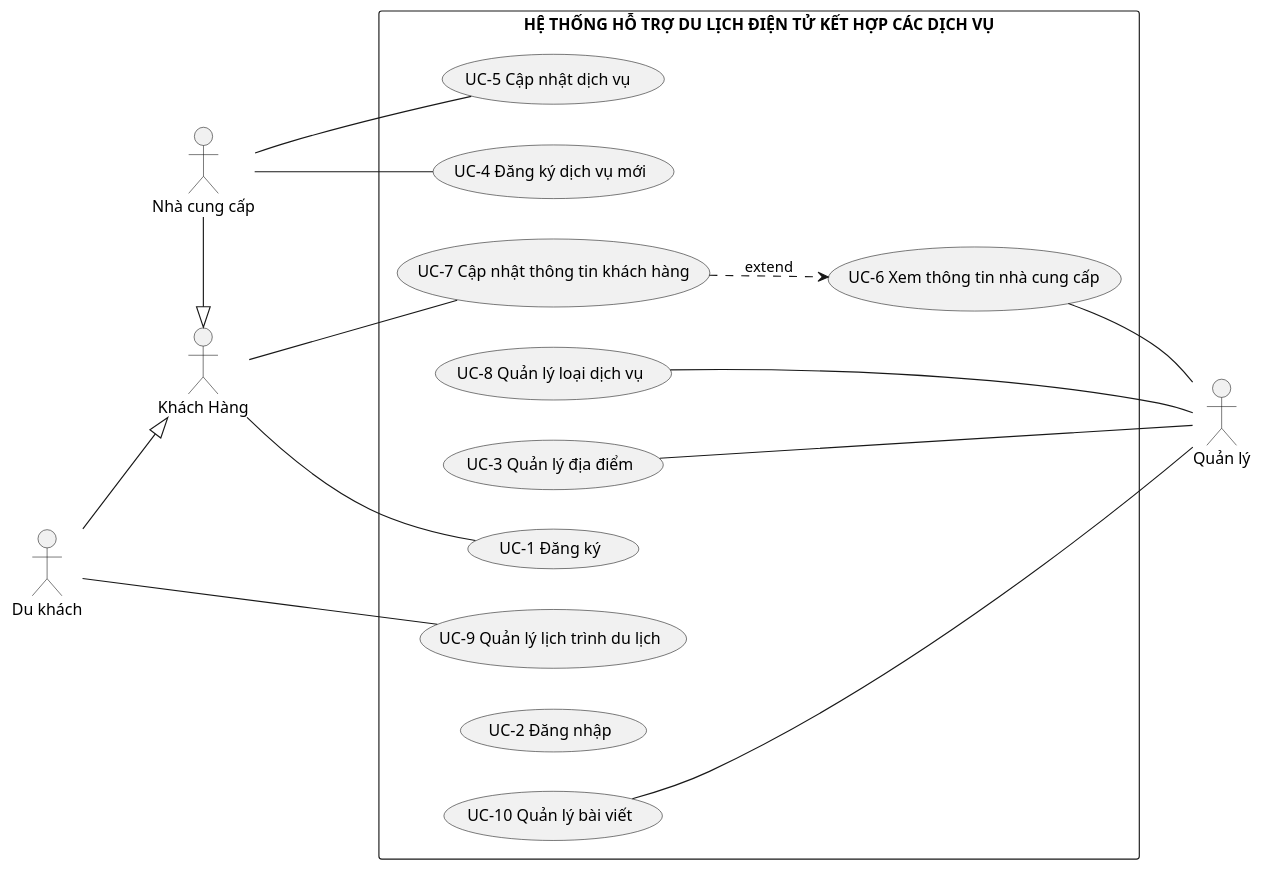
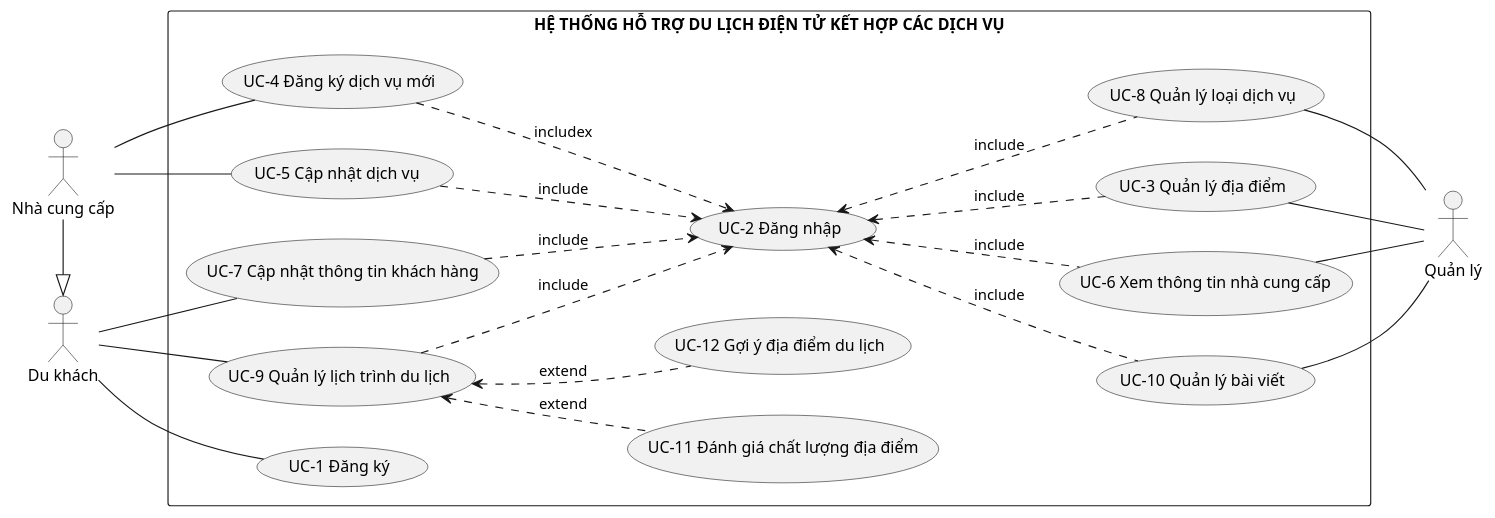
The diagram in PlanUML/UseCase.puml (TranTan-Dat/LV_DuLichDienTu), drawn with PlantUML before and after one commit. The commit also changed 26 other files, not shown here.

```diff
--- a/PlanUML/UseCase.puml
+++ b/PlanUML/UseCase.puml
@@ -1,51 +1,66 @@
 @startuml SoDoUC
 left to right direction
 actor "Quản lý" as QL
-actor "Khách Hàng" as KH
 actor "Nhà cung cấp" as NCC
 actor "Du khách" as DKhach
 
 
 rectangle  "HỆ THỐNG HỖ TRỢ DU LỊCH ĐIỆN TỬ KẾT HỢP CÁC DỊCH VỤ"{
+  usecase "UC-9 Quản lý lịch trình du lịch" as QLCD
+  
   usecase "UC-8 Quản lý loại dịch vụ" as QLLDV
   usecase "UC-3 Quản lý địa điểm" as QLDD
   ' usecase "UC-9 Quản lý thông tin " as QLTTDD
 
   usecase "UC-4 Đăng ký dịch vụ mới" as Them_TTDD
   usecase "UC-5 Cập nhật dịch vụ " as CapNhat_TTDD
   usecase "UC-7 Cập nhật thông tin khách hàng" as CapNhat_TTKH
 
   usecase "UC-6 Xem thông tin nhà cung cấp" as QLTTKH
   usecase "UC-1 Đăng ký" as DKy
   usecase "UC-2 Đăng nhập" as DNhap
-  usecase "UC-9 Quản lý lịch trình du lịch" as QLCD
   
   usecase "UC-10 Quản lý bài viết" as QLBV
+  usecase "UC-11 Đánh giá chất lượng địa điểm" as DGCL
+  usecase "UC-12 Gợi ý địa điểm du lịch" as GYDD
+
 
   
   ' chỗ nay nhà cung cấp và du khách đều dùng quản lý lịch trình du lịch
 }
 
 
-CapNhat_TTKH ..> QLTTKH : extend
 
-KH -- CapNhat_TTKH
-KH --- DKy
+DKhach - CapNhat_TTKH
+DKhach -- DKy
 
 QLDD -- QL
 QLTTKH -- QL
-QLLDV - QL
+QLLDV -- QL
 QLBV -- QL
 
 
-NCC -|> KH
+NCC -|> DKhach
 
-DKhach --|> KH
 
 NCC - CapNhat_TTDD
 NCC - Them_TTDD
 
 
 DKhach - QLCD
 
+
+DNhap <.. QLLDV : include
+DNhap <.. QLBV : include
+DNhap <.. QLDD : include
+DNhap <.. QLTTKH : include
+
+CapNhat_TTDD ..> DNhap : include
+QLCD ..> DNhap : include
+CapNhat_TTKH ..> DNhap : include
+Them_TTDD ..> DNhap : includex
+
+
+QLCD <.. DGCL: extend
+QLCD <.. GYDD: extend
 @enduml
```
